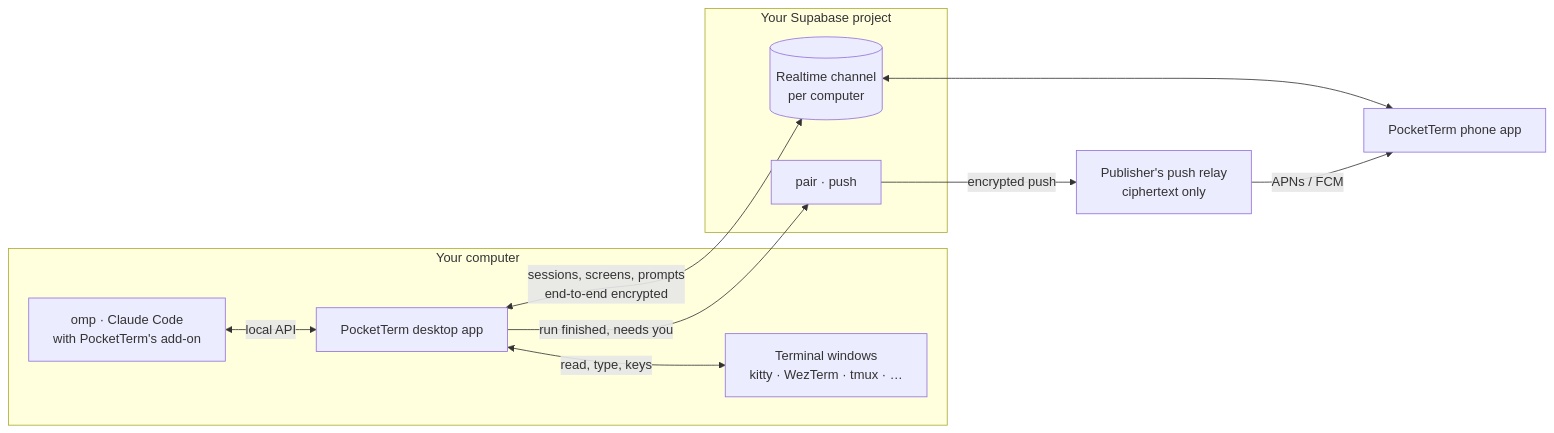
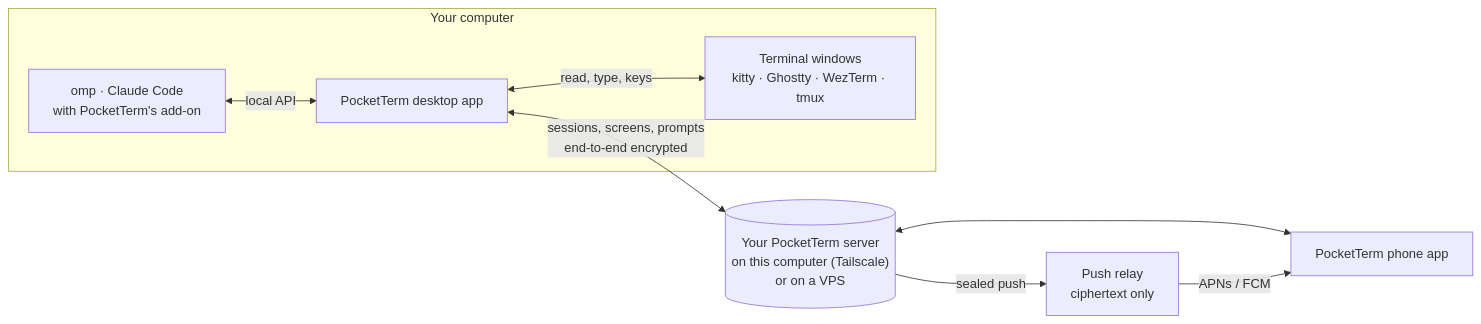
The diagram in README.md (danyzmaj-apps/pocketterm), drawn with Mermaid before and after one commit. The commit also changed other lines of this file and 13 other files, not shown here.

````diff
--- a/README.md
+++ b/README.md
@@ -44,21 +53,17 @@
 ```mermaid
 flowchart LR
   subgraph computer ["Your computer"]
     agents["omp · Claude Code<br/>with PocketTerm's add-on"]
-    terms["Terminal windows<br/>kitty · WezTerm · tmux · …"]
+    terms["Terminal windows<br/>kitty · Ghostty · WezTerm · tmux"]
     desktop["PocketTerm desktop app"]
     agents <-->|"local API"| desktop
     desktop <-->|"read, type, keys"| terms
   end
-  subgraph yours ["Your Supabase project"]
-    rt[("Realtime channel<br/>per computer")]
-    fn["pair · push"]
-  end
+  server[("Your PocketTerm server<br/>on this computer (Tailscale)<br/>or on a VPS")]
   phone["PocketTerm phone app"]
-  relay["Publisher's push relay<br/>ciphertext only"]
-  desktop <-->|"sessions, screens, prompts<br/>end-to-end encrypted"| rt
-  rt <--> phone
-  desktop -->|"run finished, needs you"| fn
-  fn -->|"encrypted push"| relay
+  relay["Push relay<br/>ciphertext only"]
+  desktop <-->|"sessions, screens, prompts<br/>end-to-end encrypted"| server
+  server <--> phone
+  server -->|"sealed push"| relay
   relay -->|"APNs / FCM"| phone
 ```
````
